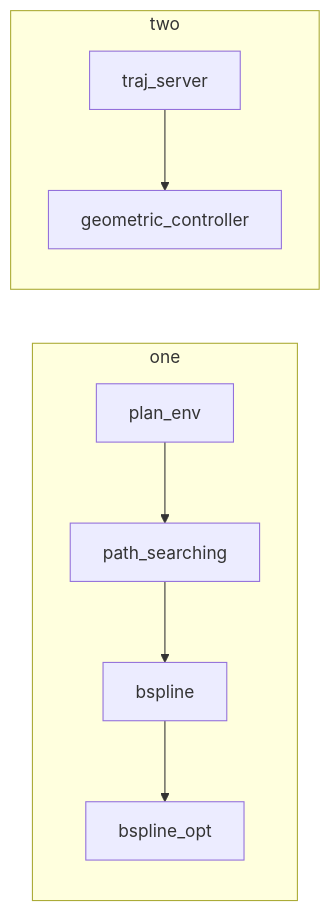
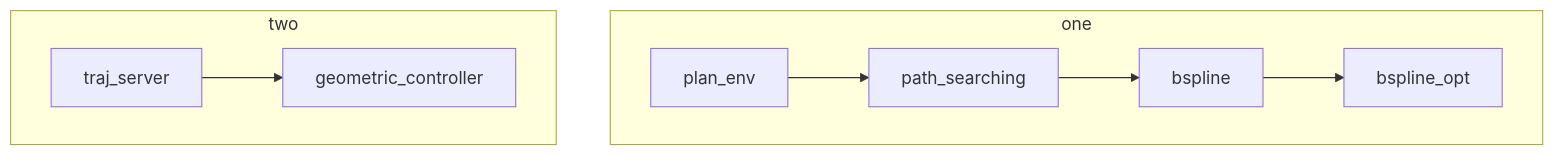
The fourth of 5 diagrams in sp_code/system.md (Dieptranivsr/drone_extend), drawn with Mermaid before and after one commit. The commit also changed other lines of this file, not shown here.

````diff
--- a/sp_code/system.md
+++ b/sp_code/system.md
@@ -42,11 +42,11 @@
 ```mermaid
-flowchart LR
+flowchart TB
   subgraph one
     plan_env --> path_searching;
     path_searching --> bspline;
     bspline --> bspline_opt;
   end
   subgraph two
     traj_server --> geometric_controller;
   end
 ```
````
